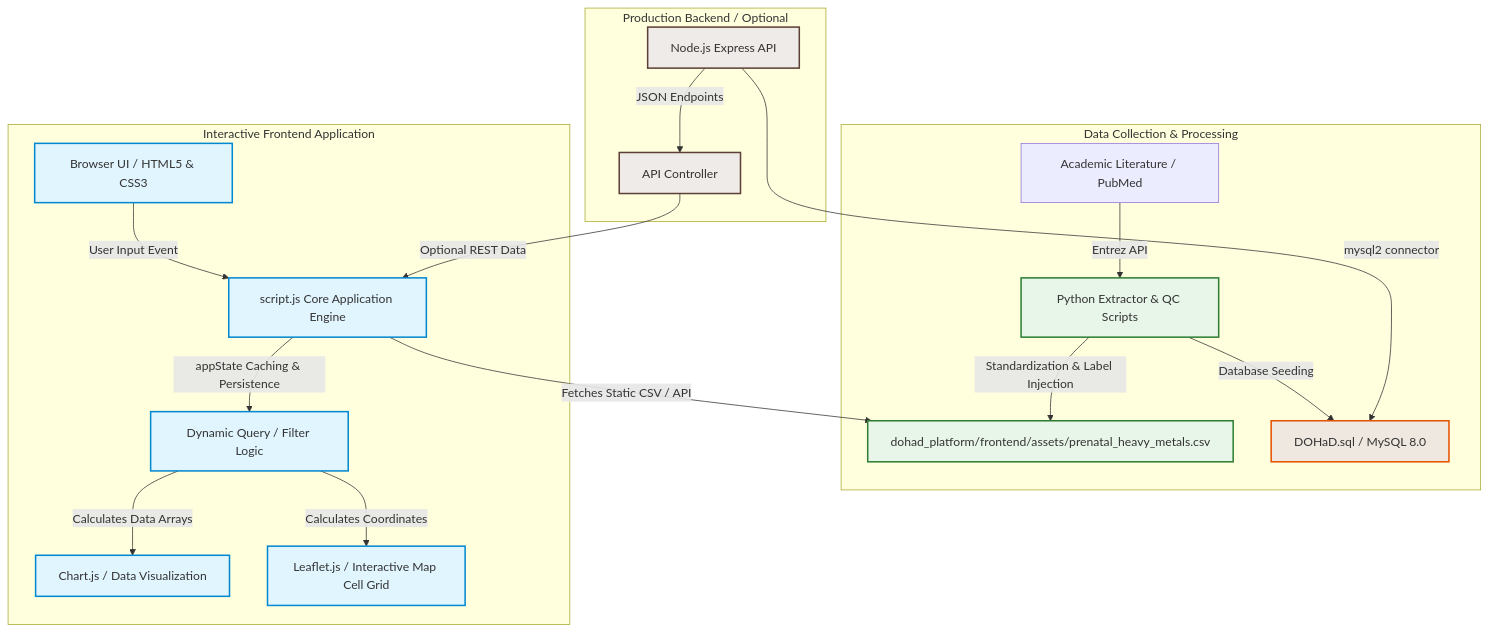
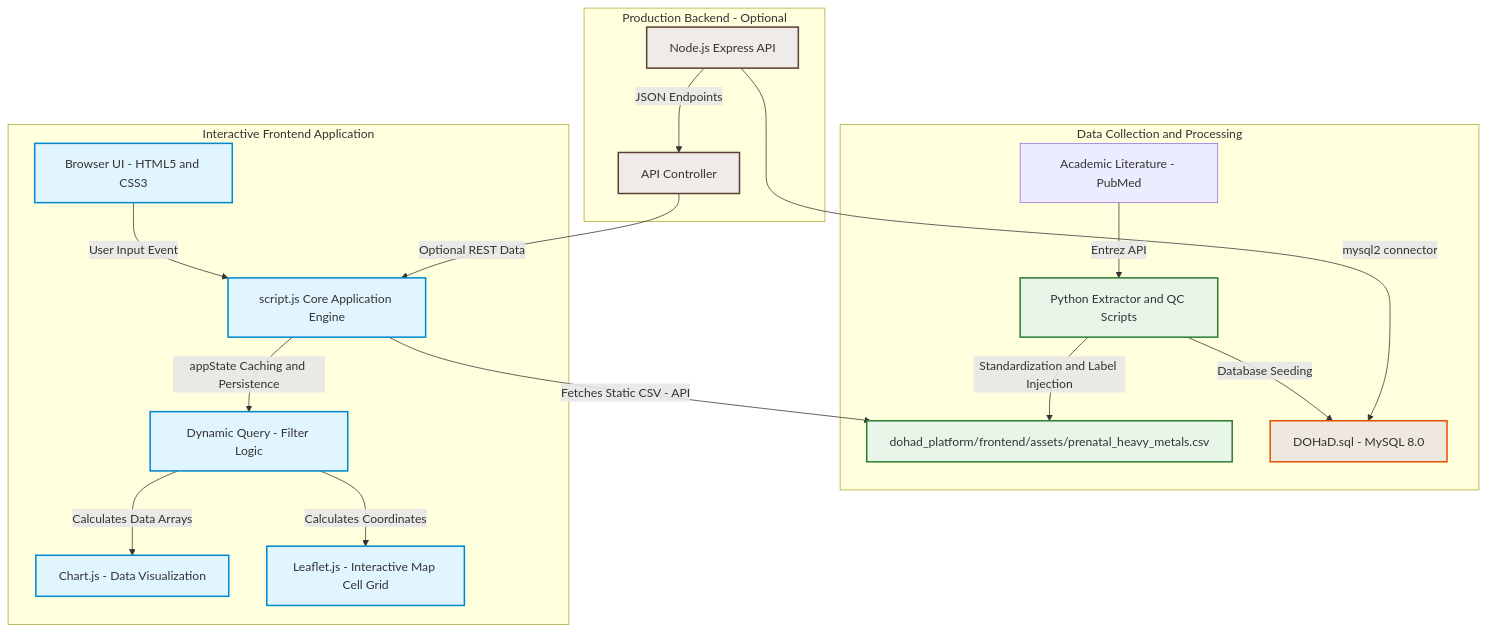
Before and after one commit to Arnav-Mathur07/DOHaD: the first of 3 diagrams in README.md, drawn with Mermaid.

Commit message:
Refactor README for clarity and consistency

````diff
--- a/README.md
+++ b/README.md
@@ -46,43 +46,43 @@
 ```mermaid
 flowchart TD
     %% Define styles
     classDef frontend fill:#e1f5fe,stroke:#0288d1,stroke-width:2px;
     classDef backend fill:#efebe9,stroke:#5d4037,stroke-width:2px;
     classDef storage fill:#efe8e0,stroke:#e65100,stroke-width:2px;
     classDef ingestion fill:#e8f5e9,stroke:#2e7d32,stroke-width:2px;
 
     %% Data Ingestion Pipeline
-    subgraph Curation ["Data Collection & Processing"]
-        A["Academic Literature / PubMed"] -->|Entrez API| B["Python Extractor & QC Scripts"]
-        B -->|Standardization & Label Injection| C["dohad_platform/frontend/assets/prenatal_heavy_metals.csv"]
-        B -->|Database Seeding| D["DOHaD.sql / MySQL 8.0"]
+    subgraph Curation [Data Collection and Processing]
+        A["Academic Literature - PubMed"] -->|Entrez API| B["Python Extractor and QC Scripts"]
+        B -->|Standardization and Label Injection| C["dohad_platform/frontend/assets/prenatal_heavy_metals.csv"]
+        B -->|Database Seeding| D["DOHaD.sql - MySQL 8.0"]
     end
     class B,C ingestion;
     class D storage;
 
-    %% Server & Storage Layer
-    subgraph ServerLayer ["Production Backend / Optional"]
+    %% Server and Storage Layer
+    subgraph ServerLayer [Production Backend - Optional]
         E["Node.js Express API"] -->|mysql2 connector| D
         E -->|JSON Endpoints| F["API Controller"]
     end
     class E,F backend;
 
     %% Client Layer
-    subgraph ClientLayer ["Interactive Frontend Application"]
-        G["Browser UI / HTML5 & CSS3"]
+    subgraph ClientLayer [Interactive Frontend Application]
+        G["Browser UI - HTML5 and CSS3"]
         H["script.js Core Application Engine"]
-        I["Dynamic Query / Filter Logic"]
-        J["Chart.js / Data Visualization"]
-        K["Leaflet.js / Interactive Map Cell Grid"]
+        I["Dynamic Query - Filter Logic"]
+        J["Chart.js - Data Visualization"]
+        K["Leaflet.js - Interactive Map Cell Grid"]
 
         G -->|User Input Event| H
-        H -->|Fetches Static CSV / API| C
-        H -->|appState Caching & Persistence| I
+        H -->|Fetches Static CSV - API| C
+        H -->|appState Caching and Persistence| I
         I -->|Calculates Data Arrays| J
         I -->|Calculates Coordinates| K
     end
     class G,H,I,J,K frontend;
 
     %% Interconnection
     F -->|Optional REST Data| H
 ```
````
